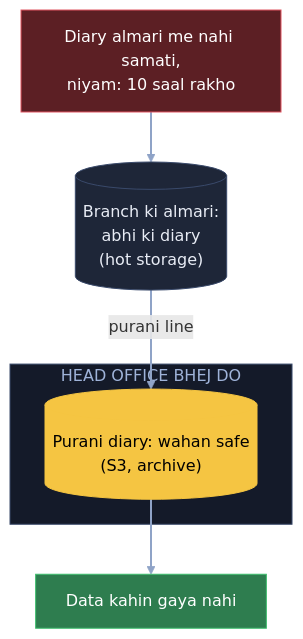
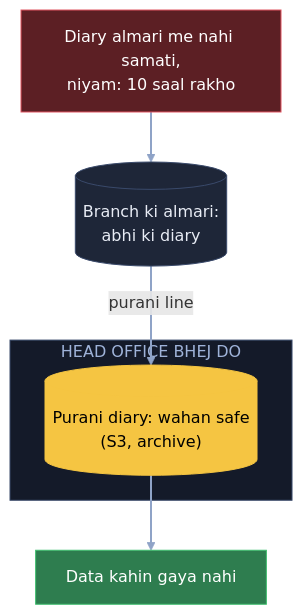
One commit to ArpanMaheshwari144/Prep changed diagram 12 of 22 in 04_HLD/SYSTEM_DESIGNS/13_banking_system/13_banking_system.md. Above: the diagram before and after it, drawn with Mermaid. The commit also changed other lines of this file and 20 other files, not shown here.

Commit message:
Diagram: sirf hand notes wale naam rahe (66 apne joda naam hataye); README 22-Nov tak update

````diff
--- a/04_HLD/SYSTEM_DESIGNS/13_banking_system/13_banking_system.md
+++ b/04_HLD/SYSTEM_DESIGNS/13_banking_system/13_banking_system.md
@@ -468,18 +468,18 @@
 ```mermaid
 flowchart TB
     X["Diary almari me nahi samati,<br/>niyam: 10 saal rakho"]:::bad
-    B[("Branch ki almari:<br/>abhi ki diary<br/>(hot storage)")]:::card
+    B[("Branch ki almari:<br/>abhi ki diary")]:::card
     subgraph HO["HEAD OFFICE BHEJ DO"]
         S3[("Purani diary: wahan safe<br/>(S3, archive)")]:::pill
     end
     OK["Data kahin gaya nahi"]:::good
     X --> B
     B -- "purani line" --> S3
     S3 --> OK
     linkStyle default stroke:#8fa3c7,stroke-width:2px
     classDef card fill:#1e2638,stroke:#3a4a6b,color:#e8ecf5
     classDef pill fill:#f5c542,stroke:#f5c542,color:#000
     classDef good fill:#2e7d4f,stroke:#3fbf6f,color:#fff
     classDef bad fill:#5c1f24,stroke:#e05561,color:#fff
     style HO fill:#141a29,stroke:#3a4a6b,color:#9fb3d9
 ```
````
